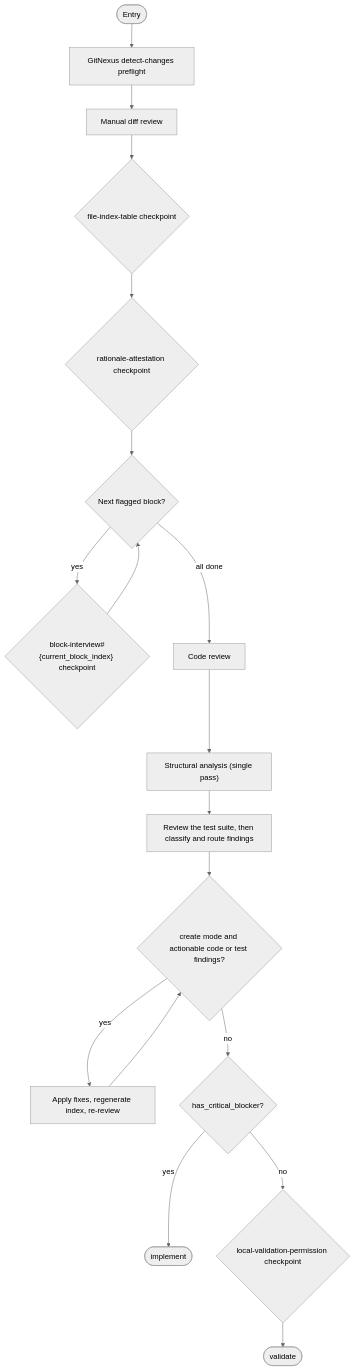
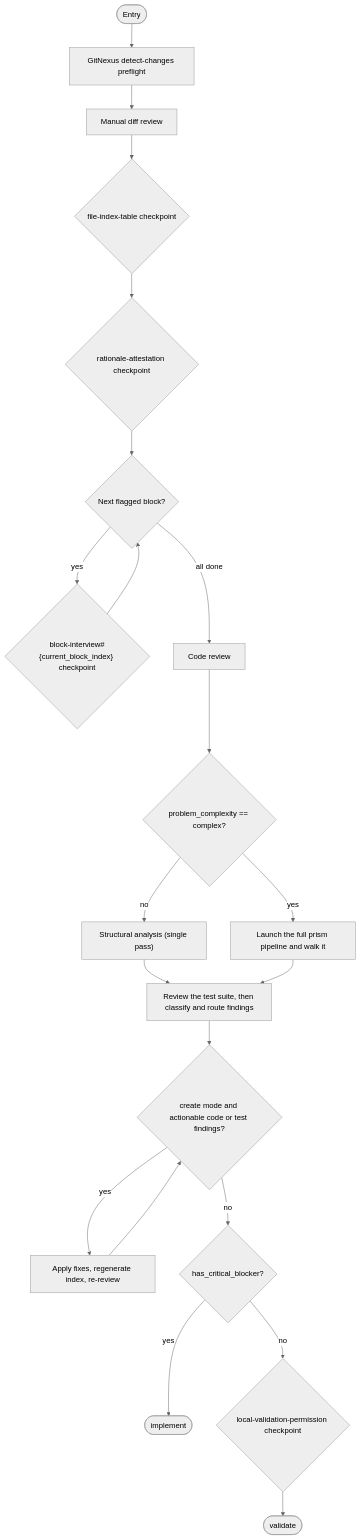
Before and after one commit to m2ux/workflow-server: diagram 11 of 15 in work-package/activities/README.md, drawn with Mermaid (neutral theme). The commit also changed 1 other file, not shown here.

Commit message:
Route a complex change to the full prism pipeline
The post-implementation review's structural analysis is sized to the change:
below complex it runs inline as a single pass, and at complex the review hands
the change surface to the prism pipeline and walks it.

The launch is sound now that the operation performing it owns the whole
launch — it walks the child to its end and reads what the run produced from
the child's planning folder — so the branch needs no read-back step of its
own.

Reverts the retirement of this branch from f12ee6e2, which argued from a
missing read-back that the same commit had already moved inside the launch
operation. Whether a complex change earns the deeper analysis is a question
about the workflow's design, not a defect in the launch mechanism.

````diff
--- a/work-package/activities/README.md
+++ b/work-package/activities/README.md
@@ -287,22 +287,25 @@
 ```mermaid
 graph TD
     entryNode(["Entry"]) --> preflight["GitNexus detect-changes preflight"]
     preflight --> manualDiff["Manual diff review"]
     manualDiff --> cpFileIndex{"file-index-table checkpoint"}
     cpFileIndex --> cpRationale{"rationale-attestation checkpoint"}
     cpRationale --> interviewLoop{"Next flagged block?"}
     interviewLoop -->|"yes"| cpInterview{"block-interview#{current_block_index} checkpoint"}
     cpInterview --> interviewLoop
     interviewLoop -->|"all done"| codeReview["Code review"]
 
-    codeReview --> structuralInline["Structural analysis (single pass)"]
+    codeReview --> structural{"problem_complexity == complex?"}
+    structural -->|"no"| structuralInline["Structural analysis (single pass)"]
+    structural -->|"yes"| dispatchPrism["Launch the full prism pipeline and walk it"]
     structuralInline --> testReview["Review the test suite, then classify and route findings"]
+    dispatchPrism --> testReview
 
     testReview --> fixCycle{"create mode and actionable code or test findings?"}
     fixCycle -->|"yes"| applyFixes["Apply fixes, regenerate index, re-review"]
     applyFixes --> fixCycle
     fixCycle -->|"no"| blockerGate{"has_critical_blocker?"}
     blockerGate -->|"yes"| exitImplement(["implement"])
     blockerGate -->|"no"| cpLocalValidation{"local-validation-permission checkpoint"}
     cpLocalValidation --> exitValidate(["validate"])
 ```
````
